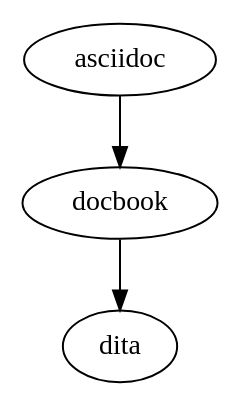
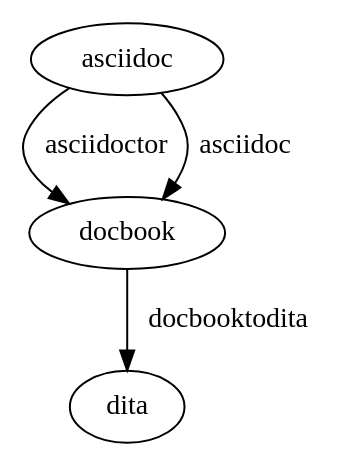
One commit to jmourelos/doconv changed the diagram in conversions.dot. Above: the diagram before and after it, drawn with Graphviz. The commit also changed 23 other files, not shown here.

First line of the commit message:
Create asciidoctor plugin - closes #1

```diff
--- a/conversions.dot
+++ b/conversions.dot
@@ -1,4 +1,11 @@
-strict digraph "compose( ,  )" {
-	asciidoc -> docbook	 [plugin=asciidoc];
-	docbook -> dita	 [plugin=docbooktodita];
+digraph  {
+	asciidoc -> docbook [key=0,
+	label=asciidoctor,
+	priority=50];
+asciidoc -> docbook [key=1,
+label=asciidoc,
+priority=60];
+docbook -> dita [key=0,
+label=docbooktodita,
+priority=0];
 }
```
